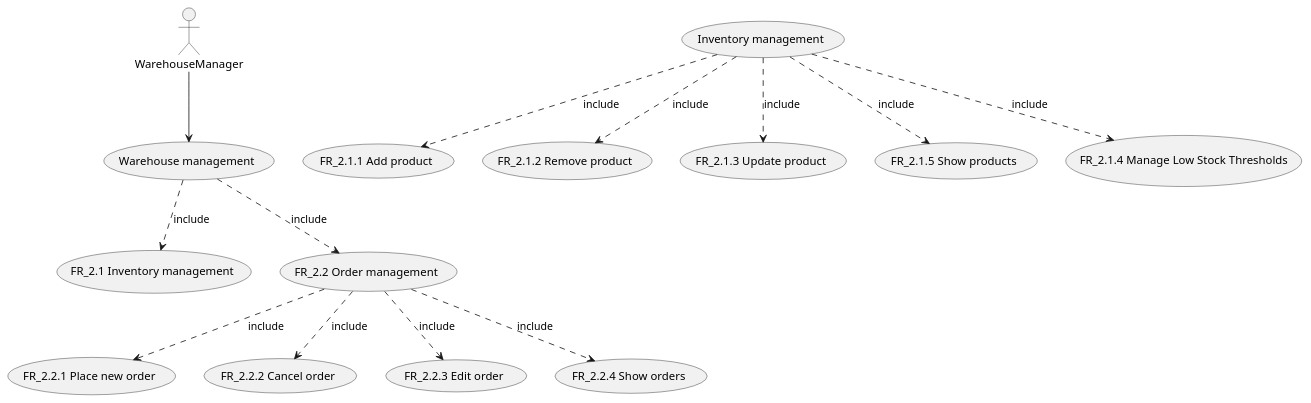
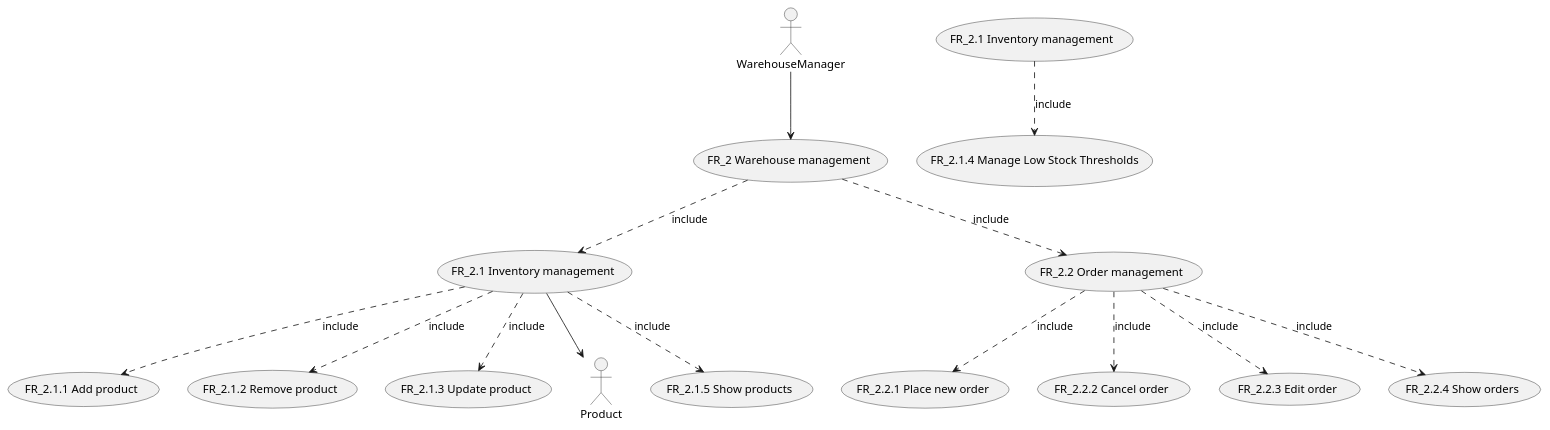
One commit to Stormz4/group20-EzShop changed the fourth of 11 diagrams in Deliverables/RequirementsDocument.md. Above: the diagram before and after it, drawn with PlantUML. The commit also changed other lines of this file, not shown here.

Commit message:
Doc: Fixed use case diagrams

````diff
--- a/Deliverables/RequirementsDocument.md
+++ b/Deliverables/RequirementsDocument.md
@@ -265,27 +269,28 @@
 ```plantuml
 @startuml
-:WarehouseManager:     --> (Warehouse management)
-(Warehouse management) ..> (FR_2.1 Inventory management) : include
-(Warehouse management) ..> (FR_2.2 Order management) : include
-(Inventory management) ..> (FR_2.1.1 Add product) : include
-(Inventory management) ..> (FR_2.1.2 Remove product) : include
-(Inventory management) ..> (FR_2.1.3 Update product) : include
+:WarehouseManager:     --> (FR_2 Warehouse management)
+(FR_2 Warehouse management) ..> (FR_2.1 Inventory management) : include
+(FR_2 Warehouse management) ..> (FR_2.2 Order management) : include
+(FR_2.1 Inventory management) ..> (FR_2.1.1 Add product) : include
+(FR_2.1 Inventory management) ..> (FR_2.1.2 Remove product) : include
+(FR_2.1 Inventory management) ..> (FR_2.1.3 Update product) : include
+(FR_2.1 Inventory management) --> :Product: 
 ' (Update product)       ..> (Stock level) : include
 ' (Update product)       ..> (Purchase price) : include
 ' (Update product)       ..> (Description) : include
-(Inventory management) ..> (FR_2.1.5 Show products) : include
+(FR_2.1 Inventory management) ..> (FR_2.1.5 Show products) : include
 ' (Filter products)      ..> (Name) : by
 ' (Filter products)      ..> (Supplier) : by
 ' (Filter products)      ..> (Brand) : by
 ' (Filter products)      ..> (Price) : by
-(Inventory management) ..> (FR_2.1.4 Manage Low Stock Thresholds) : include
+(FR_2.1 Inventory management ) ..> (FR_2.1.4 Manage Low Stock Thresholds) : include
 (FR_2.2 Order management)     ..> (FR_2.2.1 Place new order) : include
 (FR_2.2 Order management)     ..> (FR_2.2.2 Cancel order) : include
 (FR_2.2 Order management)     ..> (FR_2.2.3 Edit order) : include
 (FR_2.2 Order management)     ..> (FR_2.2.4 Show orders) : include
 ' (Filter orders)        ..> (Date) : by
 ' (Filter orders)        ..> (Supplier) : by
 ' (Filter orders)        ..> (Amount) : by
 
 @enduml
 ```
````
